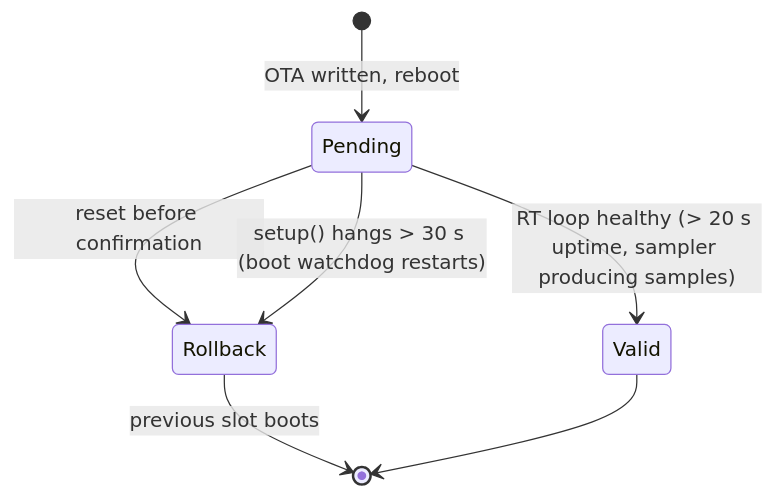
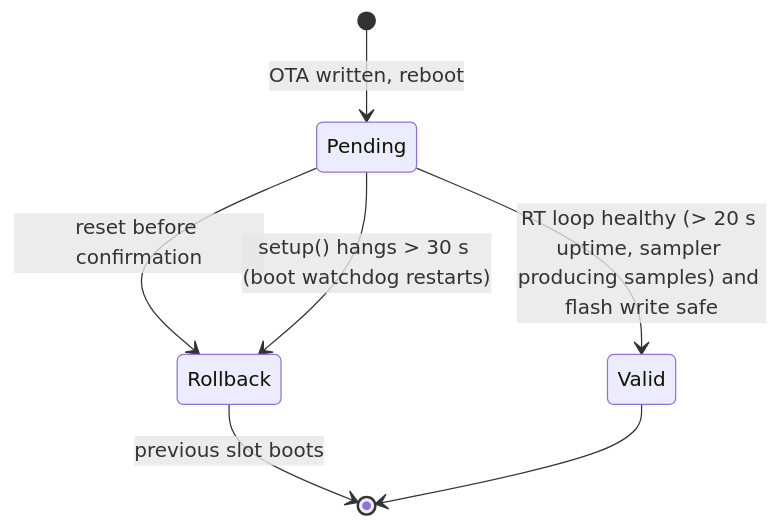
One commit to fl4p/fugu-mppt-firmware changed the diagram in website/docs/guide/updating/ota-wifi.md. Above: the diagram before and after it, drawn with Mermaid. The commit also changed other lines of this file and 6 other files, not shown here.

````diff
--- a/website/docs/guide/updating/ota-wifi.md
+++ b/website/docs/guide/updating/ota-wifi.md
@@ -77,9 +96,9 @@
 ```mermaid
 stateDiagram-v2
   [*] --> Pending: OTA written, reboot
-  Pending --> Valid: RT loop healthy (> 20 s uptime, sampler producing samples)
+  Pending --> Valid: RT loop healthy (> 20 s uptime, sampler producing samples) and flash write safe
   Pending --> Rollback: reset before confirmation
   Pending --> Rollback: setup() hangs > 30 s (boot watchdog restarts)
   Rollback --> [*]: previous slot boots
   Valid --> [*]
 ```
````
